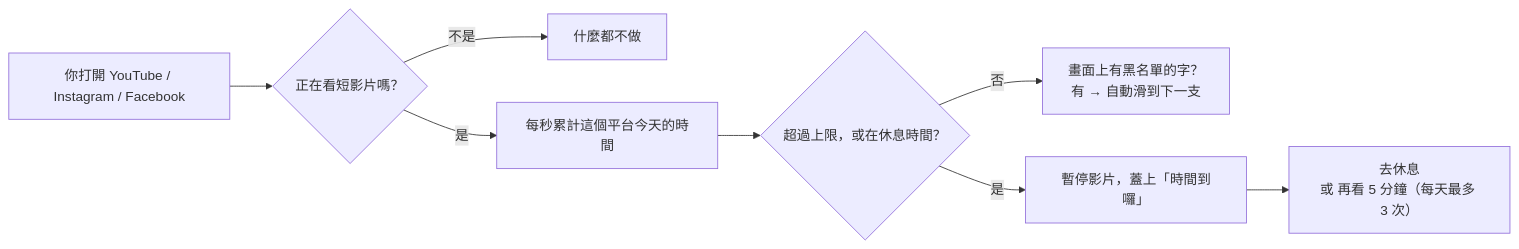
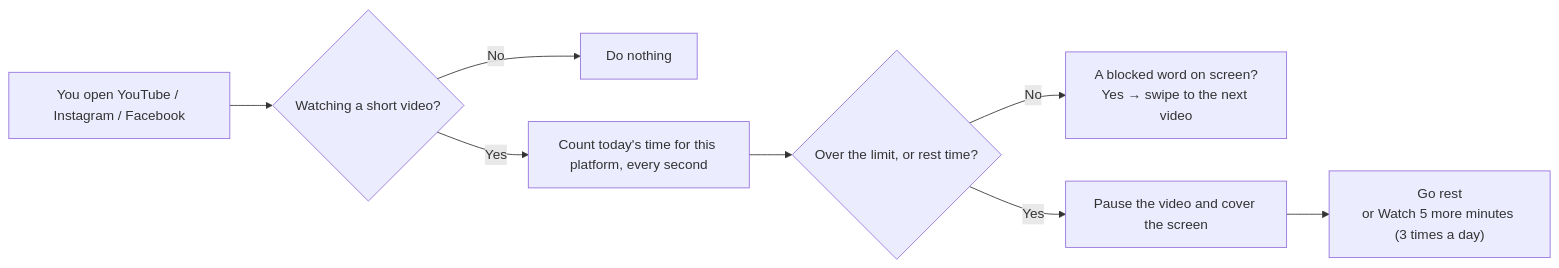
One commit to ReoNaBear/LimitShorts changed the diagram in README.md. Above: the diagram before and after it, drawn with Mermaid. The commit also changed other lines of this file and 3 other files, not shown here.

````diff
--- a/README.md
+++ b/README.md
@@ -66,10 +66,10 @@
 ```mermaid
 flowchart LR
-    A["你打開 YouTube / Instagram / Facebook"] --> B{"正在看短影片嗎？"}
-    B -- "不是" --> C["什麼都不做"]
-    B -- "是" --> D["每秒累計這個平台今天的時間"]
-    D --> E{"超過上限，或在休息時間？"}
-    E -- "否" --> F["畫面上有黑名單的字？<br/>有 → 自動滑到下一支"]
-    E -- "是" --> G["暫停影片，蓋上「時間到囉」"]
-    G --> H["去休息<br/>或 再看 5 分鐘（每天最多 3 次）"]
+    A["You open YouTube / Instagram / Facebook"] --> B{"Watching a short video?"}
+    B -- "No" --> C["Do nothing"]
+    B -- "Yes" --> D["Count today's time for this platform, every second"]
+    D --> E{"Over the limit, or rest time?"}
+    E -- "No" --> F["A blocked word on screen?<br/>Yes → swipe to the next video"]
+    E -- "Yes" --> G["Pause the video and cover the screen"]
+    G --> H["Go rest<br/>or Watch 5 more minutes (3 times a day)"]
 ```
````
